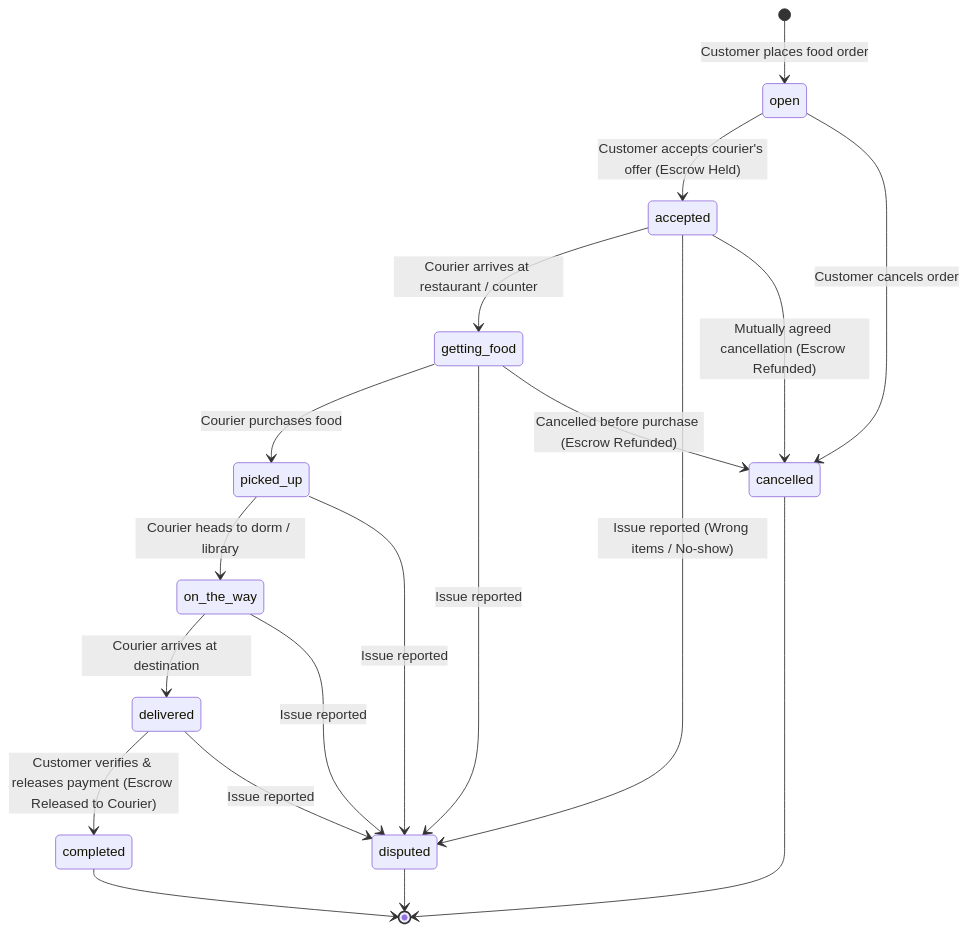
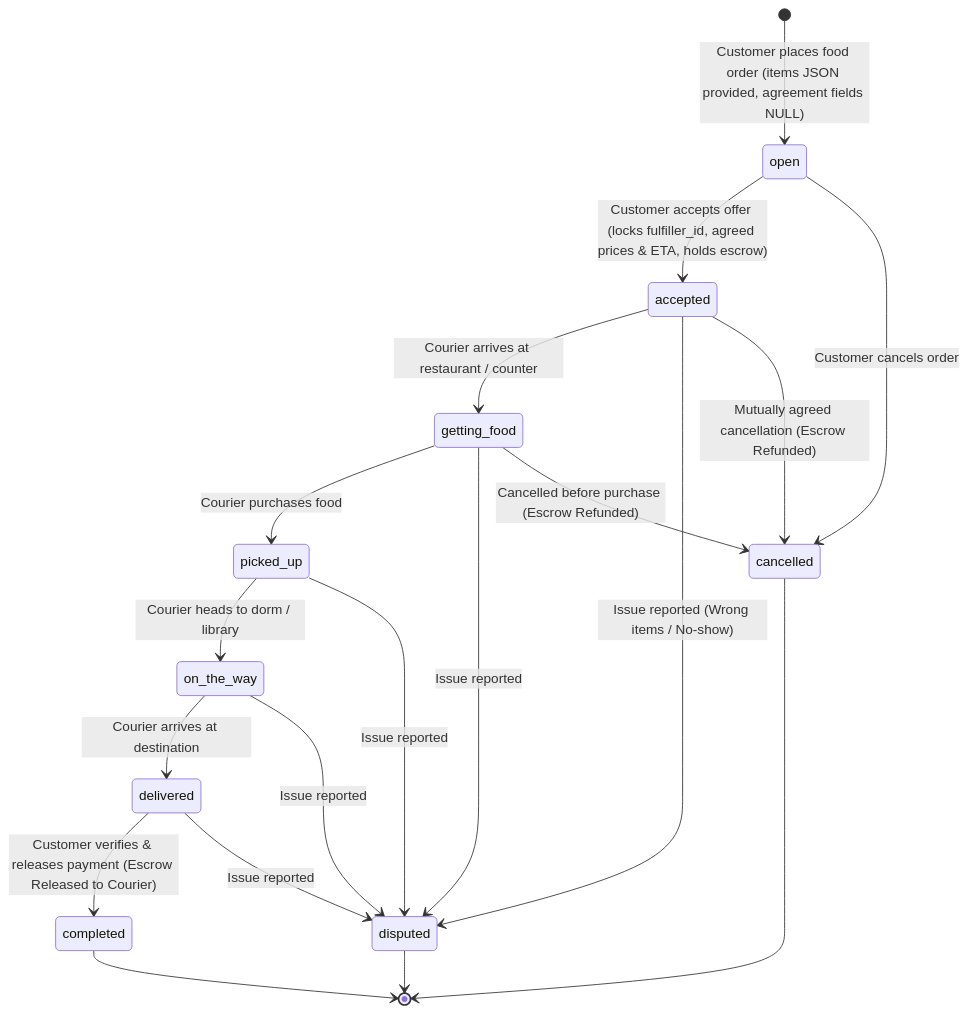
The second of 2 diagrams in docs/db.md (dag-shell/dormshi-app), drawn with Mermaid before and after one commit. The commit also changed other lines of this file and 11 other files, not shown here.

````diff
--- a/docs/db.md
+++ b/docs/db.md
@@ -304,26 +280,26 @@
 ```mermaid
 stateDiagram-v2
-    [*] --> open : Customer places food order
-    open --> accepted : Customer accepts courier's offer (Escrow Held)
+    [*] --> open : Customer places food order (items JSON provided, agreement fields NULL)
+    open --> accepted : Customer accepts offer (locks fulfiller_id, agreed prices & ETA, holds escrow)
     open --> cancelled : Customer cancels order
-    
+
     accepted --> getting_food : Courier arrives at restaurant / counter
     getting_food --> picked_up : Courier purchases food
     picked_up --> on_the_way : Courier heads to dorm / library
     on_the_way --> delivered : Courier arrives at destination
-    
+
     delivered --> completed : Customer verifies & releases payment (Escrow Released to Courier)
-    
+
     accepted --> disputed : Issue reported (Wrong items / No-show)
     getting_food --> disputed : Issue reported
     picked_up --> disputed : Issue reported
     on_the_way --> disputed : Issue reported
     delivered --> disputed : Issue reported
 
     accepted --> cancelled : Mutually agreed cancellation (Escrow Refunded)
     getting_food --> cancelled : Cancelled before purchase (Escrow Refunded)
 
     completed --> [*]
     cancelled --> [*]
     disputed --> [*]
 ```
````
